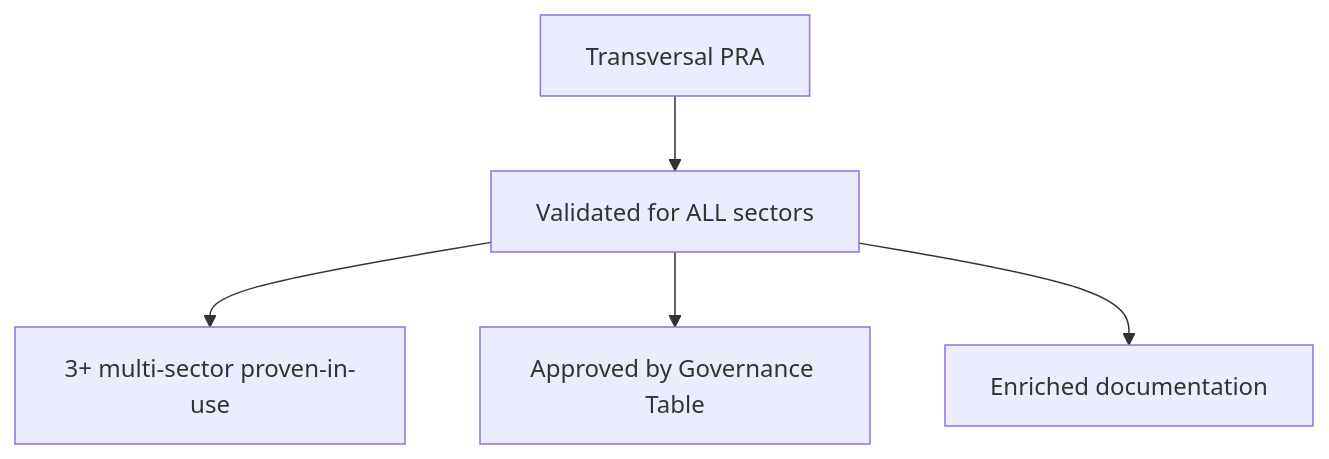
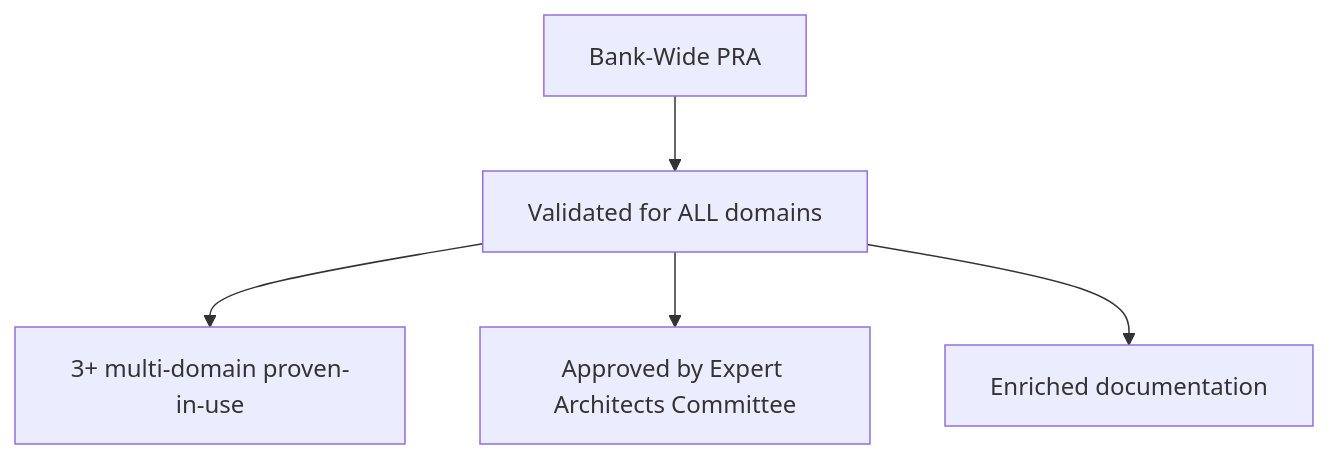
Before and after one commit to KiyaliHQ/proven-reusable-architecture: the first of 6 diagrams in site/content/en/guides/02-understanding-pra.md, drawn with Mermaid. The commit also changed other lines of this file and 1 other file, not shown here.

````diff
--- a/site/content/en/guides/02-understanding-pra.md
+++ b/site/content/en/guides/02-understanding-pra.md
@@ -93,7 +93,7 @@
 ```mermaid
 graph TD
-    A[Transversal PRA] --> B[Validated for ALL sectors]
-    B --> C[3+ multi-sector proven-in-use]
-    B --> D[Approved by Governance Table]
+    A[Bank-Wide PRA] --> B[Validated for ALL domains]
+    B --> C[3+ multi-domain proven-in-use]
+    B --> D[Approved by Expert Architects Committee]
     B --> E[Enriched documentation]
 ```
````
